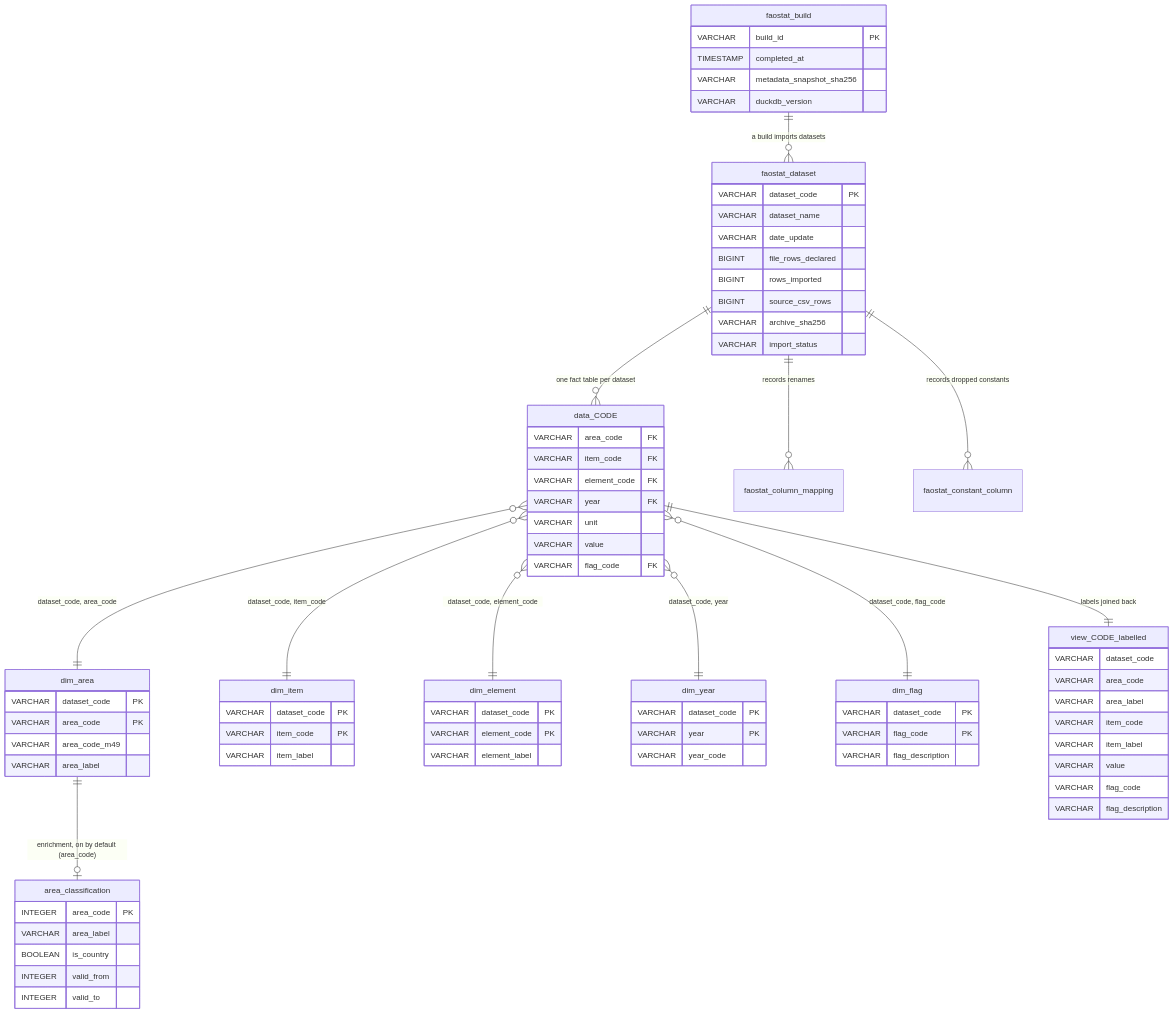
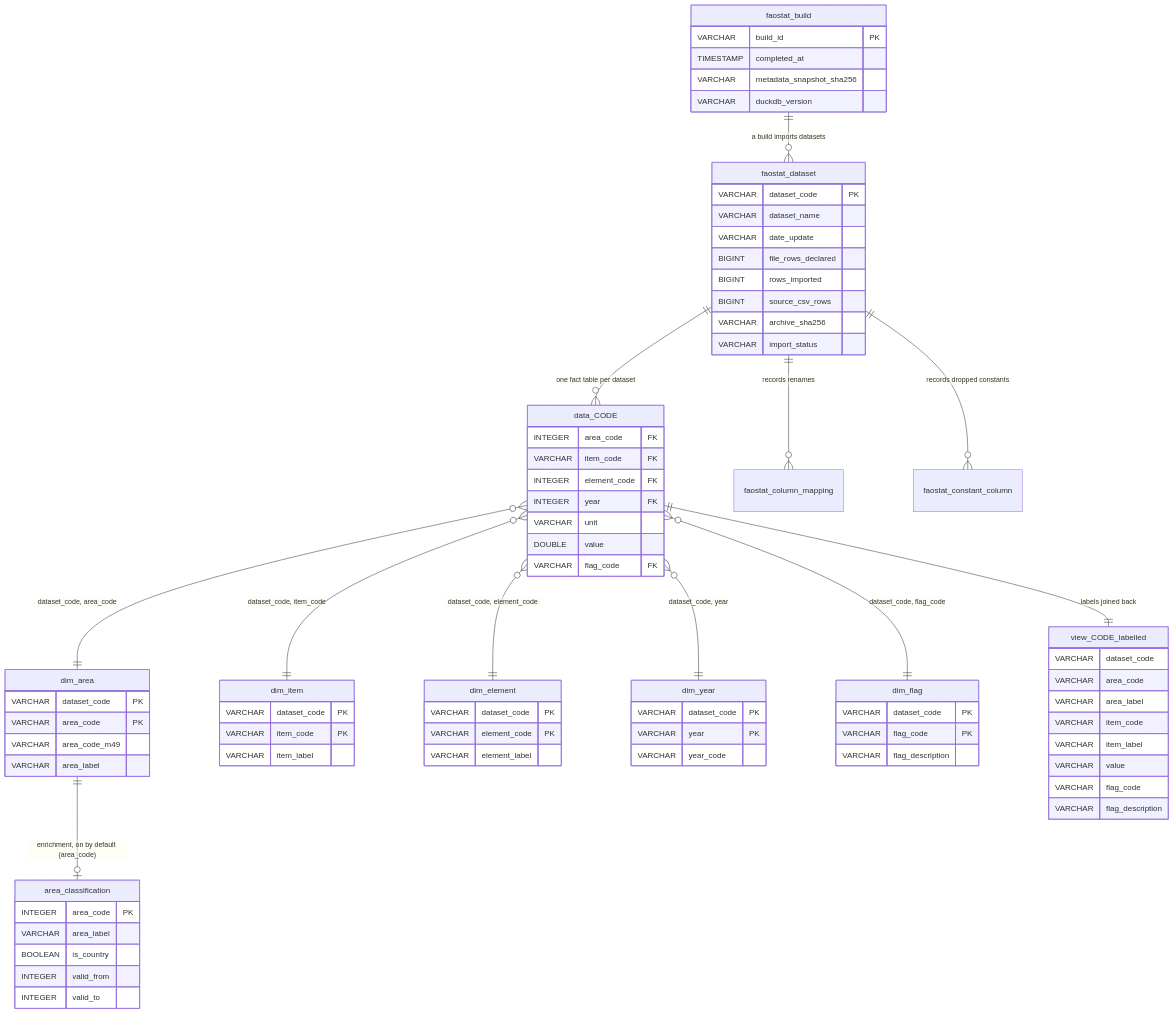
The diagram in docs/schema.qmd (clara-roch/faostat-in-duckdb), drawn with Mermaid before and after one commit. The commit also changed 3 other files, not shown here.

```diff
--- a/docs/schema.qmd
+++ b/docs/schema.qmd
@@ -62,12 +62,12 @@
         VARCHAR duckdb_version
     }
     data_CODE {
-        VARCHAR area_code FK
+        INTEGER area_code FK
         VARCHAR item_code FK
-        VARCHAR element_code FK
-        VARCHAR year FK
+        INTEGER element_code FK
+        INTEGER year FK
         VARCHAR unit
-        VARCHAR value
+        DOUBLE  value
         VARCHAR flag_code FK
     }
     dim_area {
```
